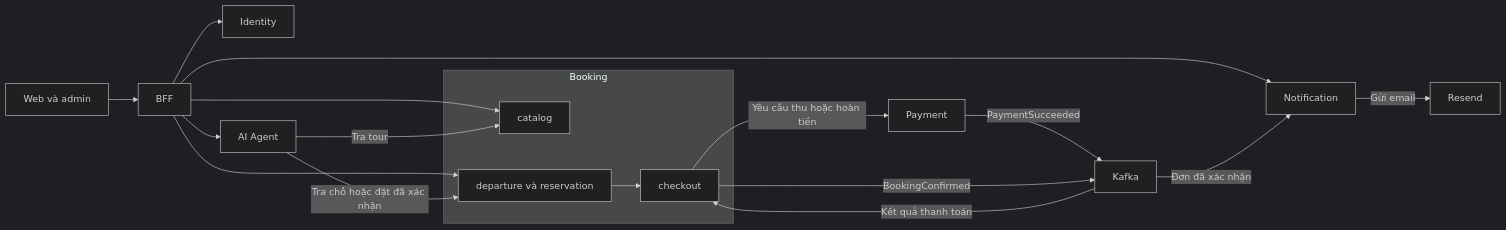
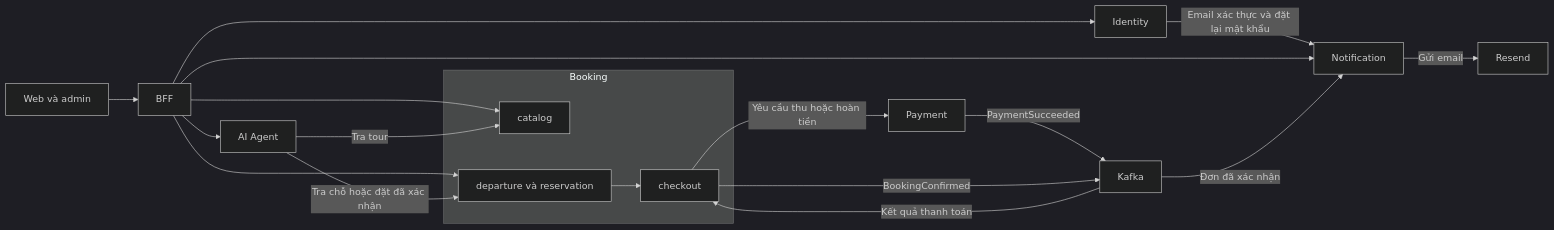
One commit to haota1307/hafo-travel changed the diagram in server/instructions/services.md. Above: the diagram before and after it, drawn with Mermaid (dark theme). The commit also changed other lines of this file and 44 other files, not shown here.

Commit message:
feat(auth): đăng ký tài khoản và quên mật khẩu

````diff
--- a/server/instructions/services.md
+++ b/server/instructions/services.md
@@ -7,23 +7,24 @@
 ```mermaid
 flowchart LR
     Web[Web và admin] --> BFF
     BFF --> Identity
+    Identity -->|Email xác thực và đặt lại mật khẩu| Notification
     subgraph Booking
         Catalog[catalog]
         Reservation[departure và reservation]
         Checkout[checkout]
     end
     Notification[Notification] -->|Gửi email| Resend
     BFF --> Catalog
     BFF --> Reservation
     BFF --> Notification
     BFF --> Agent[AI Agent]
     Agent -->|Tra tour| Catalog
     Agent -->|Tra chỗ hoặc đặt đã xác nhận| Reservation
     Reservation --> Checkout
     Checkout -->|Yêu cầu thu hoặc hoàn tiền| Payment
     Payment -->|PaymentSucceeded| Kafka
     Kafka -->|Kết quả thanh toán| Checkout
     Checkout -->|BookingConfirmed| Kafka
     Kafka -->|Đơn đã xác nhận| Notification
 ```
````
